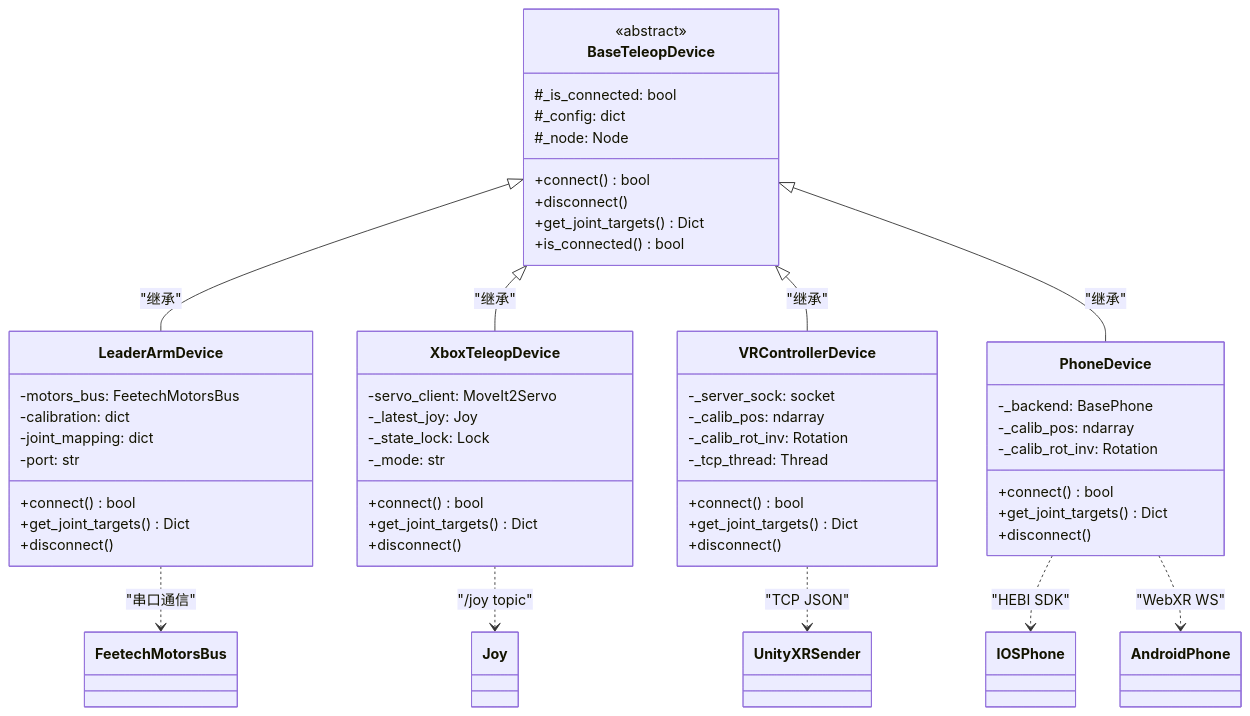
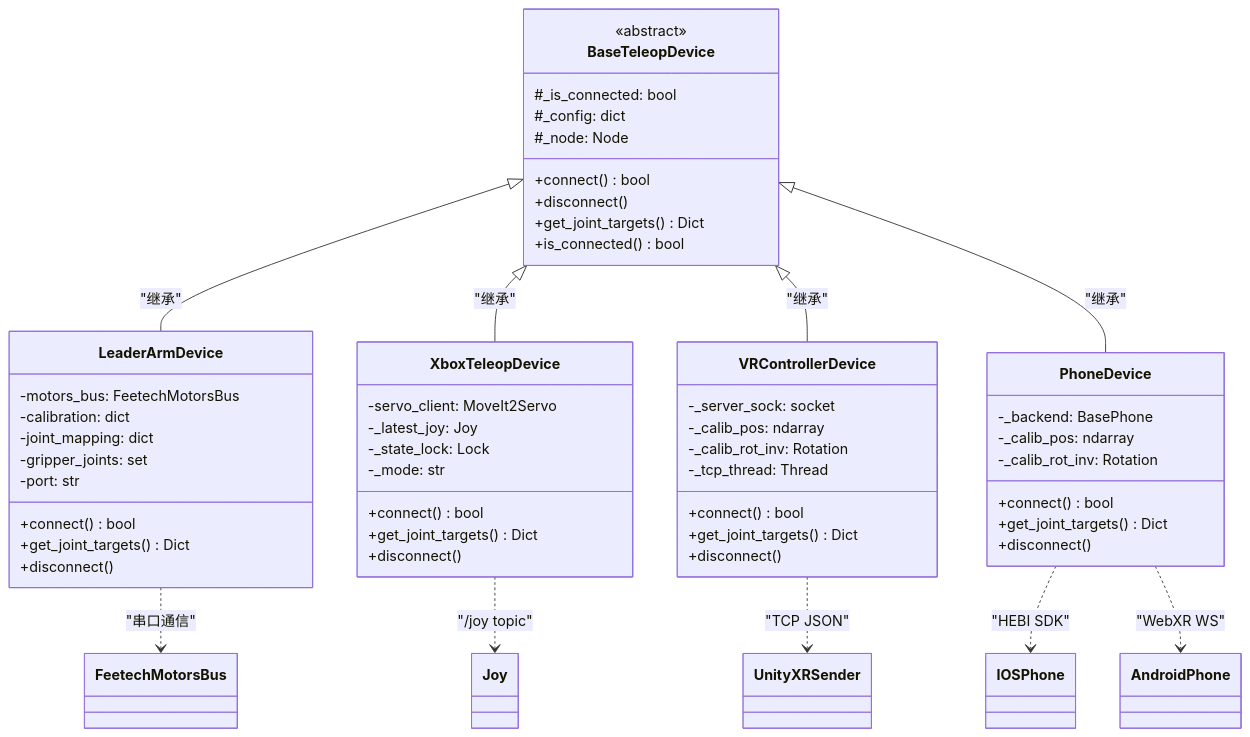
The second of 2 diagrams in src/robot_teleop/README.md (StoneStar-Aiknow/IB_Robot), drawn with Mermaid before and after one commit. The commit also changed other lines of this file and 4 other files, not shown here.

````diff
--- a/src/robot_teleop/README.md
+++ b/src/robot_teleop/README.md
@@ -70,63 +70,64 @@
 ```mermaid
 classDiagram
     class BaseTeleopDevice {
         <<abstract>>
         #_is_connected: bool
         #_config: dict
         #_node: Node
         +connect() bool
         +disconnect()
         +get_joint_targets() Dict
         +is_connected() bool
     }
 
     class LeaderArmDevice {
         -motors_bus: FeetechMotorsBus
         -calibration: dict
         -joint_mapping: dict
+        -gripper_joints: set
         -port: str
         +connect() bool
         +get_joint_targets() Dict
         +disconnect()
     }
 
     class XboxTeleopDevice {
         -servo_client: MoveIt2Servo
         -_latest_joy: Joy
         -_state_lock: Lock
         -_mode: str
         +connect() bool
         +get_joint_targets() Dict
         +disconnect()
     }
 
     class VRControllerDevice {
         -_server_sock: socket
         -_calib_pos: ndarray
         -_calib_rot_inv: Rotation
         -_tcp_thread: Thread
         +connect() bool
         +get_joint_targets() Dict
         +disconnect()
     }
 
     class PhoneDevice {
         -_backend: BasePhone
         -_calib_pos: ndarray
         -_calib_rot_inv: Rotation
         +connect() bool
         +get_joint_targets() Dict
         +disconnect()
     }
 
     BaseTeleopDevice <|-- LeaderArmDevice : "继承"
     BaseTeleopDevice <|-- XboxTeleopDevice : "继承"
     BaseTeleopDevice <|-- VRControllerDevice : "继承"
     BaseTeleopDevice <|-- PhoneDevice : "继承"
 
     LeaderArmDevice ..> FeetechMotorsBus : "串口通信"
     XboxTeleopDevice ..> Joy : "/joy topic"
     VRControllerDevice ..> UnityXRSender : "TCP JSON"
     PhoneDevice ..> IOSPhone : "HEBI SDK"
     PhoneDevice ..> AndroidPhone : "WebXR WS"
 ```
````
